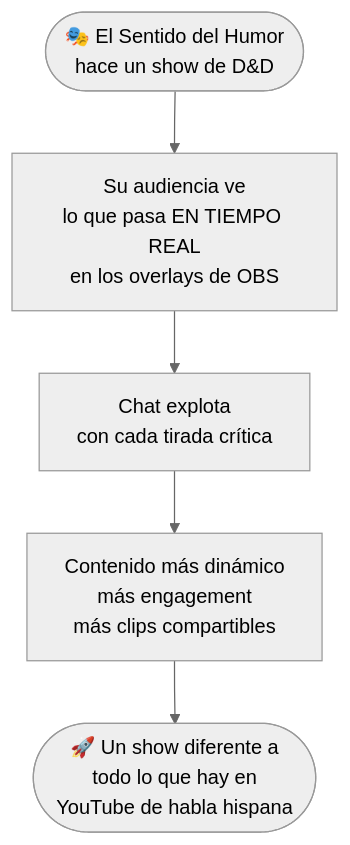
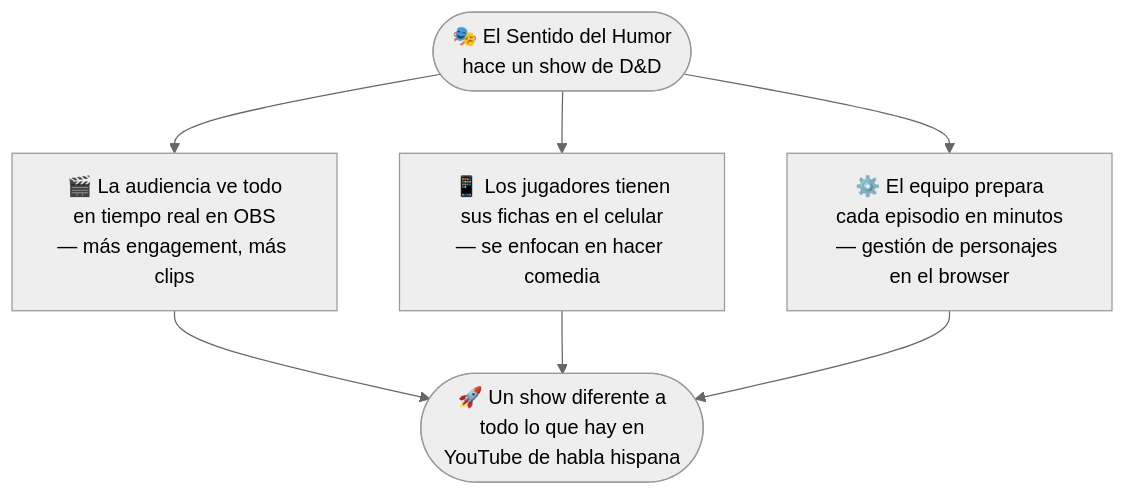
Diagram 11 of 11 in demo-pitch-docs/workflow-stakeholders.md (s0lci700/OVERLAYS), drawn with Mermaid (neutral theme) before and after one commit. The commit also changed other lines of this file and 2 other files, not shown here.

````diff
--- a/demo-pitch-docs/workflow-stakeholders.md
+++ b/demo-pitch-docs/workflow-stakeholders.md
@@ -194,7 +315,14 @@
 ```mermaid
 flowchart TD
-    A(["🎭 El Sentido del Humor\nhace un show de D&D"]) --> B["Su audiencia ve\nlo que pasa EN TIEMPO REAL\nen los overlays de OBS"]
-    B --> C["Chat explota\ncon cada tirada crítica"]
-    C --> D["Contenido más dinámico\nmás engagement\nmás clips compartibles"]
-    D --> E(["🚀 Un show diferente a\ntodo lo que hay en\nYouTube de habla hispana"])
+    A(["🎭 El Sentido del Humor\nhace un show de D&D"]) --> B1
+    A --> B2
+    A --> B3
+
+    B1["🎬 La audiencia ve todo\nen tiempo real en OBS\n— más engagement, más clips"]
+    B2["📱 Los jugadores tienen\nsus fichas en el celular\n— se enfocan en hacer comedia"]
+    B3["⚙️ El equipo prepara\ncada episodio en minutos\n— gestión de personajes en el browser"]
+
+    B1 --> C(["🚀 Un show diferente a\ntodo lo que hay en\nYouTube de habla hispana"])
+    B2 --> C
+    B3 --> C
 ```
````
